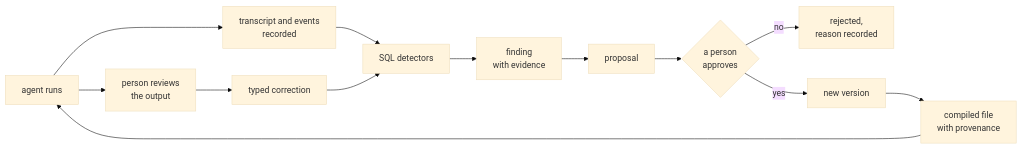
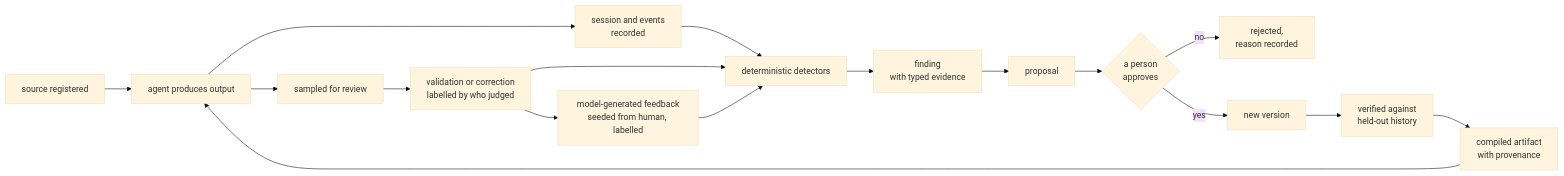
One commit to fblissjr/freudagent changed the diagram in docs/data-flywheel.md. Above: the diagram before and after it, drawn with Mermaid (base theme). The commit also changed other lines of this file and 7 other files, not shown here.

````diff
--- a/docs/data-flywheel.md
+++ b/docs/data-flywheel.md
@@ -182,15 +325,19 @@
 ```mermaid
 flowchart LR
-  A["agent runs"] --> B["transcript and events<br/>recorded"]
-  H["person reviews<br/>the output"] --> C["typed correction"]
-  A --> H
-  B --> D["SQL detectors"]
+  S["source registered"] --> A["agent produces output"]
+  A --> B["session and events<br/>recorded"]
+  A --> H["sampled for review"]
+  H --> C["validation or correction<br/>labelled by who judged"]
+  C --> M["model-generated feedback<br/>seeded from human, labelled"]
+  B --> D["deterministic detectors"]
   C --> D
-  D --> E["finding<br/>with evidence"]
+  M --> D
+  D --> E["finding<br/>with typed evidence"]
   E --> F["proposal"]
   F --> G{"a person<br/>approves"}
   G -->|"no"| X["rejected,<br/>reason recorded"]
   G -->|"yes"| I["new version"]
-  I --> J["compiled file<br/>with provenance"]
+  I --> V["verified against<br/>held-out history"]
+  V --> J["compiled artifact<br/>with provenance"]
   J --> A
 ```
````
